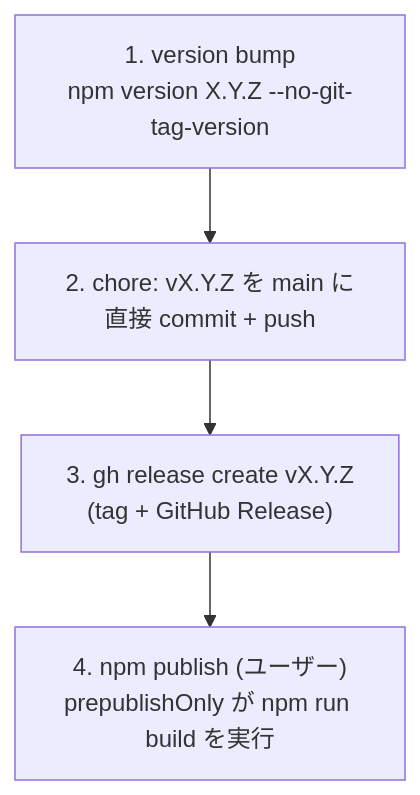
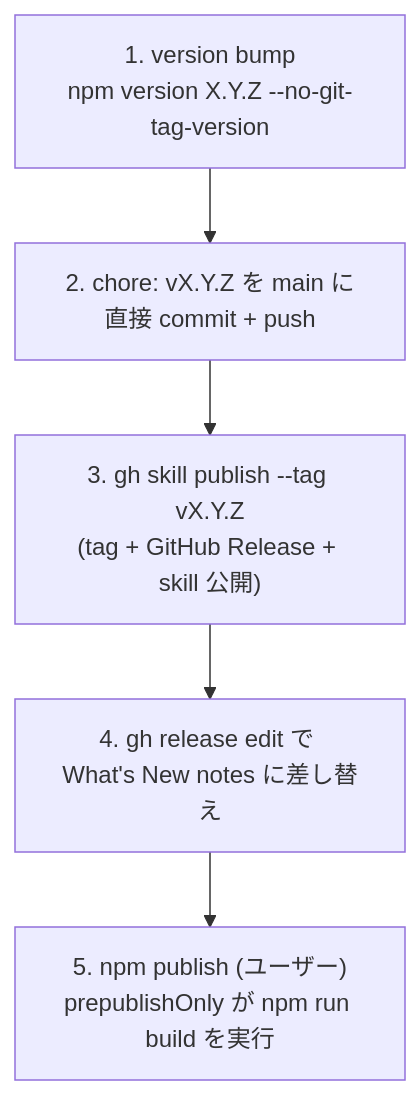
Before and after one commit to oubakiou/md2idx: the diagram in docs/design/development.md, drawn with Mermaid. The commit also changed other lines of this file and 2 other files, not shown here.

Commit message:
feat: add md2idx-read skill and update release process for gh skill publish

````diff
--- a/docs/design/development.md
+++ b/docs/design/development.md
@@ -47,6 +54,7 @@
 ```mermaid
 flowchart TD
     A["1. version bump<br/>npm version X.Y.Z --no-git-tag-version"] --> B["2. chore: vX.Y.Z を main に直接 commit + push"]
-    B --> C["3. gh release create vX.Y.Z<br/>(tag + GitHub Release)"]
-    C --> D["4. npm publish (ユーザー)<br/>prepublishOnly が npm run build を実行"]
+    B --> C["3. gh skill publish --tag vX.Y.Z<br/>(tag + GitHub Release + skill 公開)"]
+    C --> D["4. gh release edit で What's New notes に差し替え"]
+    D --> E["5. npm publish (ユーザー)<br/>prepublishOnly が npm run build を実行"]
 ```
````
